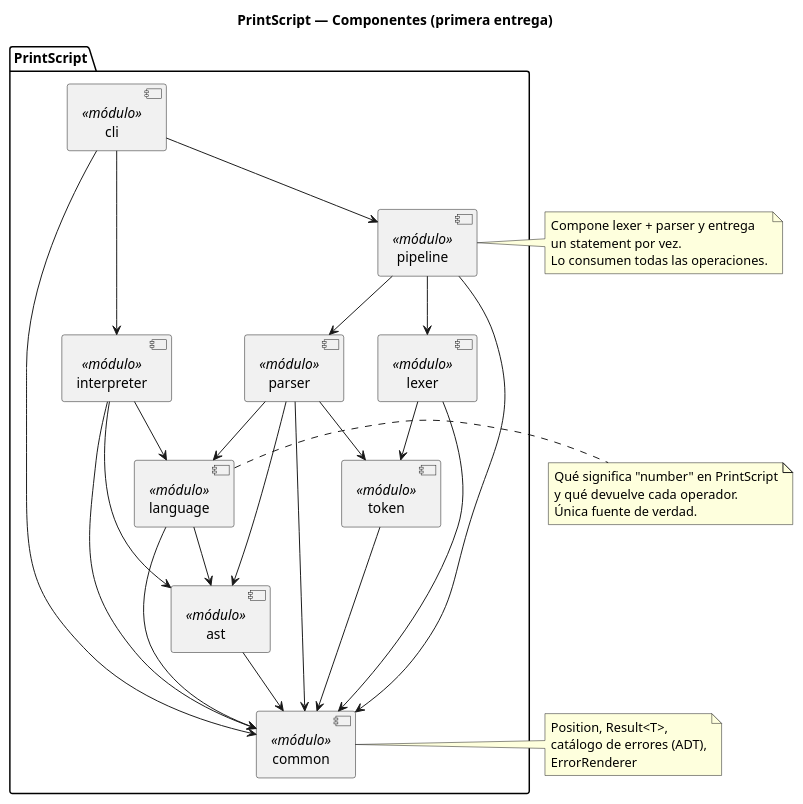
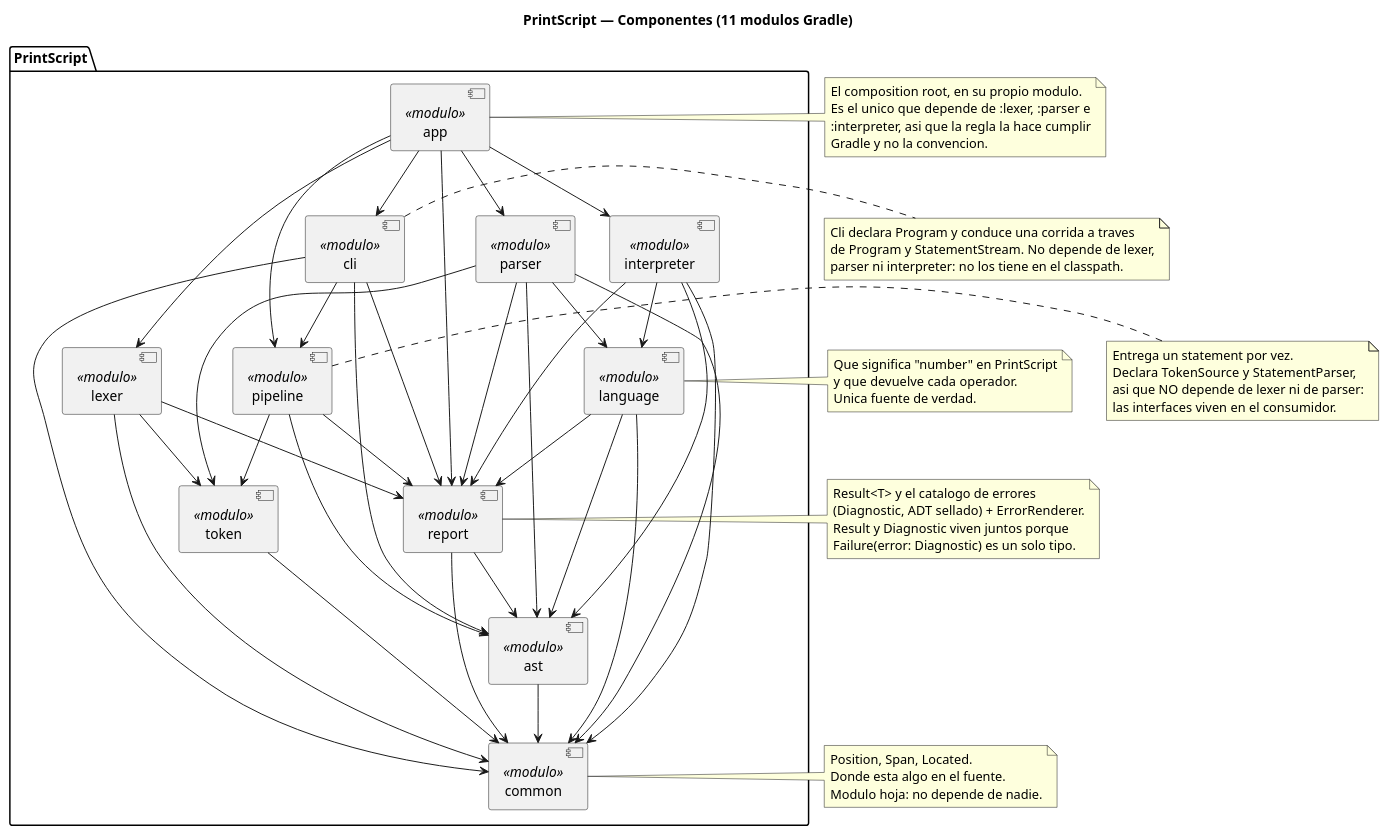
Before and after one commit to Ingsis-BRY/PrintScript: the first of 2 diagrams in docs/architecture-diagram.puml, drawn with PlantUML. The commit also changed other lines of this file and 1 other file, not shown here.

First line of the commit message:
docs: record the composition root and refresh the diagram

```diff
--- a/docs/architecture-diagram.puml
+++ b/docs/architecture-diagram.puml
@@ -7,59 +7,99 @@
 @startuml componentes
-title PrintScript — Componentes (primera entrega)
+title PrintScript — Componentes (11 modulos Gradle)
 
 package "PrintScript" {
-    [common]      <<módulo>>
-    [token]       <<módulo>>
-    [ast]         <<módulo>>
-    [language]    <<módulo>>
-    [lexer]       <<módulo>>
-    [parser]      <<módulo>>
-    [interpreter] <<módulo>>
-    [pipeline]    <<módulo>>
-    [cli]         <<módulo>>
+    [common]      <<modulo>>
+    [token]       <<modulo>>
+    [ast]         <<modulo>>
+    [report]      <<modulo>>
+    [language]    <<modulo>>
+    [lexer]       <<modulo>>
+    [parser]      <<modulo>>
+    [interpreter] <<modulo>>
+    [pipeline]    <<modulo>>
+    [cli]         <<modulo>>
+    [app]         <<modulo>>
 }
 
 note right of [common]
-  Position, Result<T>,
-  catálogo de errores (ADT),
-  ErrorRenderer
+  Position, Span, Located.
+  Donde esta algo en el fuente.
+  Modulo hoja: no depende de nadie.
+end note
+
+note right of [report]
+  Result<T> y el catalogo de errores
+  (Diagnostic, ADT sellado) + ErrorRenderer.
+  Result y Diagnostic viven juntos porque
+  Failure(error: Diagnostic) es un solo tipo.
 end note
 
 note right of [language]
-  Qué significa "number" en PrintScript
-  y qué devuelve cada operador.
-  Única fuente de verdad.
+  Que significa "number" en PrintScript
+  y que devuelve cada operador.
+  Unica fuente de verdad.
 end note
 
 note right of [pipeline]
-  Compone lexer + parser y entrega
-  un statement por vez.
-  Lo consumen todas las operaciones.
+  Entrega un statement por vez.
+  Declara TokenSource y StatementParser,
+  asi que NO depende de lexer ni de parser:
+  las interfaces viven en el consumidor.
+end note
+
+note right of [cli]
+  Cli declara Program y conduce una corrida a traves
+  de Program y StatementStream. No depende de lexer,
+  parser ni interpreter: no los tiene en el classpath.
+end note
+
+note right of [app]
+  El composition root, en su propio modulo.
+  Es el unico que depende de :lexer, :parser e
+  :interpreter, asi que la regla la hace cumplir
+  Gradle y no la convencion.
 end note
 
 [token]       --> [common]
 [ast]         --> [common]
+
+[report]      --> [common]
+[report]      --> [ast]
+
 [language]    --> [common]
 [language]    --> [ast]
+[language]    --> [report]
 
+[lexer]       --> [common]
 [lexer]       --> [token]
-[lexer]       --> [common]
+[lexer]       --> [report]
 
+[parser]      --> [common]
 [parser]      --> [token]
 [parser]      --> [ast]
 [parser]      --> [language]
-[parser]      --> [common]
+[parser]      --> [report]
 
+[interpreter] --> [common]
 [interpreter] --> [ast]
 [interpreter] --> [language]
-[interpreter] --> [common]
+[interpreter] --> [report]
 
-[pipeline]    --> [lexer]
-[pipeline]    --> [parser]
-[pipeline]    --> [common]
+[pipeline]    --> [token]
+[pipeline]    --> [ast]
+[pipeline]    --> [report]
 
+[cli]         --> [common]
+[cli]         --> [ast]
 [cli]         --> [pipeline]
-[cli]         --> [interpreter]
-[cli]         --> [common]
+[cli]         --> [report]
+
+' el unico modulo que nombra implementaciones concretas
+[app]         --> [cli]
+[app]         --> [pipeline]
+[app]         --> [report]
+[app]         --> [lexer]
+[app]         --> [parser]
+[app]         --> [interpreter]
 
 @enduml
```
